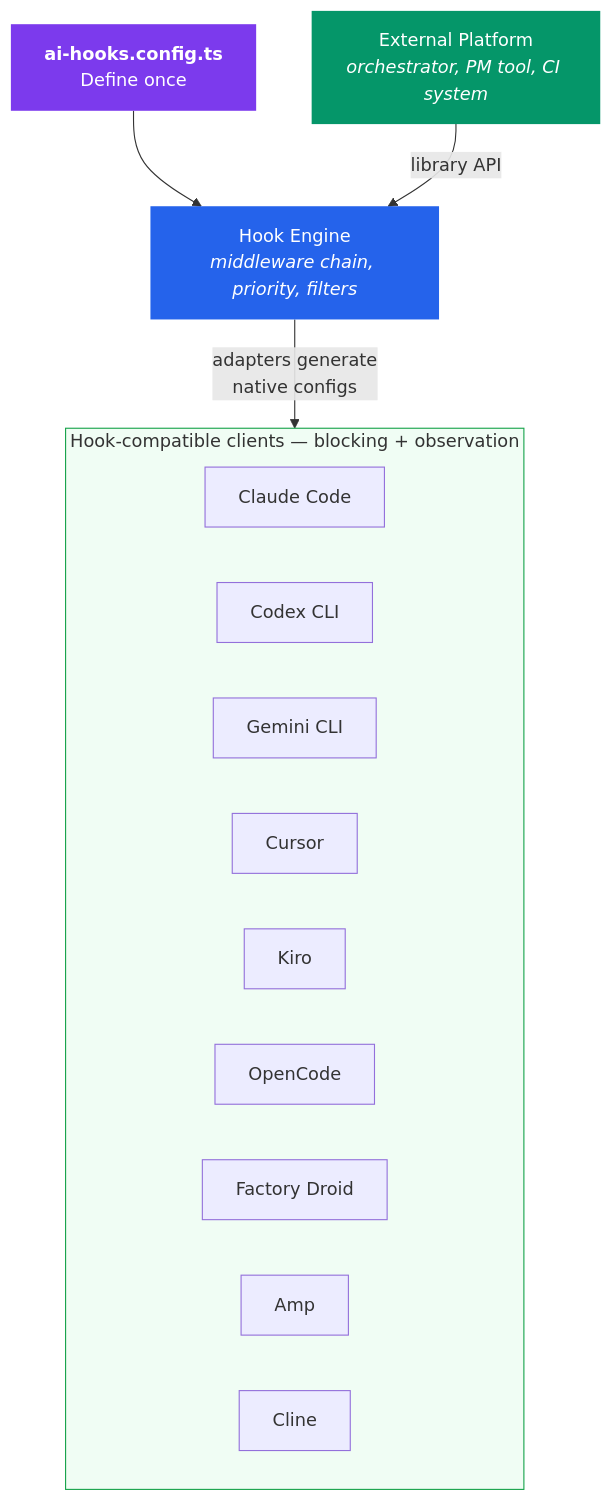
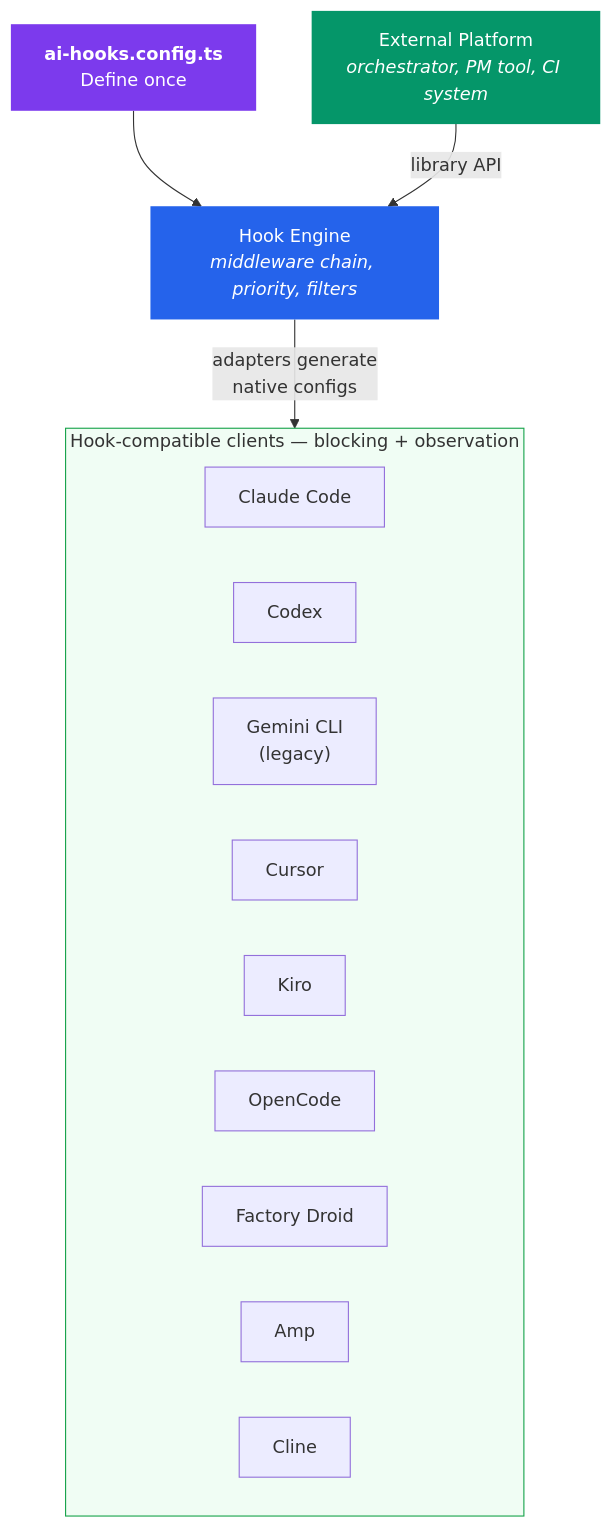
Before and after one commit to PremierStudio/ai-tools: the diagram in packages/hooks/README.md, drawn with Mermaid. The commit also changed other lines of this file and 144 other files, not shown here.

````diff
--- a/packages/hooks/README.md
+++ b/packages/hooks/README.md
@@ -25,28 +25,28 @@
 ```mermaid
 graph TD
     Config["<b>ai-hooks.config.ts</b><br/>Define once"]
     Engine["Hook Engine<br/><i>middleware chain, priority, filters</i>"]
     Platform["External Platform<br/><i>orchestrator, PM tool, CI system</i>"]
 
     Config --> Engine
     Platform -->|"library API"| Engine
 
     Engine -->|"adapters generate<br/>native configs"| native
 
     subgraph native ["Hook-compatible clients — blocking + observation"]
         CC["Claude Code"]
-        Codex["Codex CLI"]
-        Gemini["Gemini CLI"]
+        Codex["Codex"]
+        Gemini["Gemini CLI<br/>(legacy)"]
         Cursor["Cursor"]
         Kiro["Kiro"]
         OC["OpenCode"]
         Droid["Factory Droid"]
         Amp["Amp"]
         Cline["Cline"]
     end
 
     style Config fill:#7c3aed,color:#fff,stroke:none
     style Engine fill:#2563eb,color:#fff,stroke:none
     style Platform fill:#059669,color:#fff,stroke:none
     style native fill:#f0fdf4,stroke:#16a34a
 ```
````
